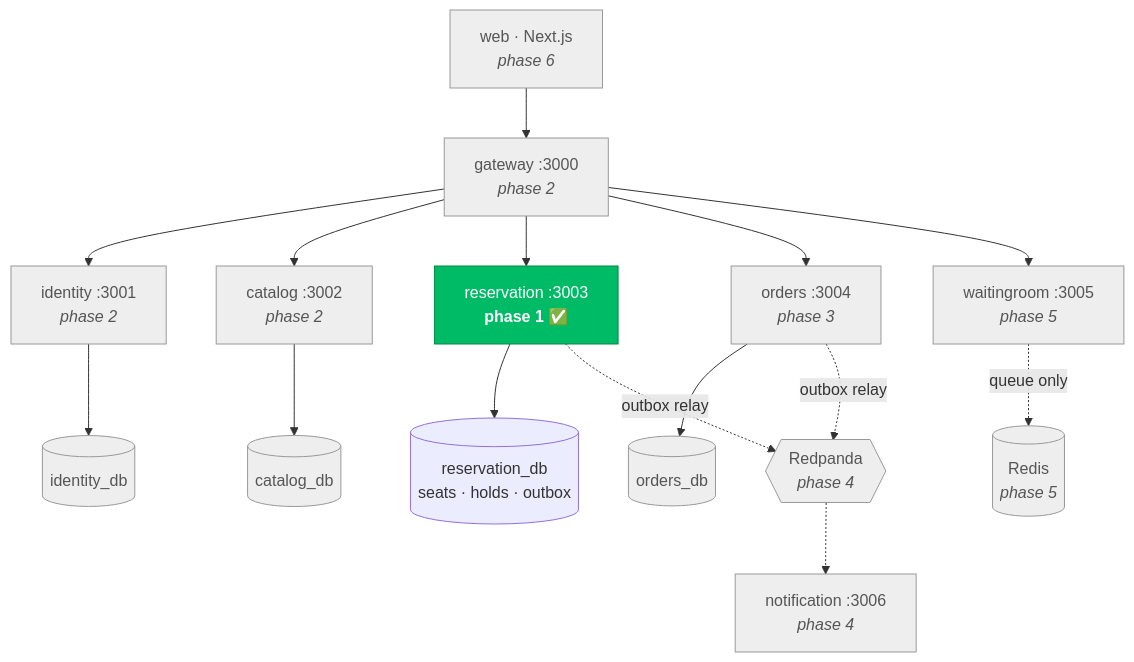
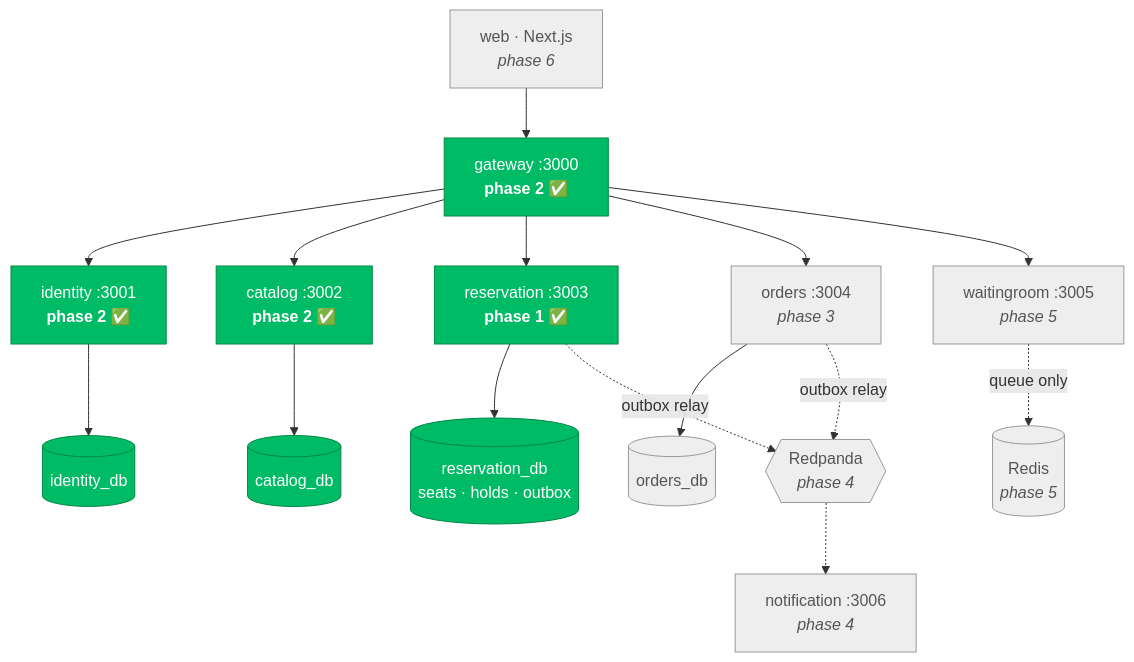
Before and after one commit to arpit15006/TicketingSystem: the diagram in README.md, drawn with Mermaid. The commit also changed other lines of this file and 57 other files, not shown here.

First line of the commit message:
Phase 2: identity, catalog and gateway

````diff
--- a/README.md
+++ b/README.md
@@ -151,21 +171,21 @@
 ```mermaid
 graph TD
-  web[web · Next.js<br/><i>phase 6</i>] --> gw[gateway :3000<br/><i>phase 2</i>]
-  gw --> id[identity :3001<br/><i>phase 2</i>]
-  gw --> cat[catalog :3002<br/><i>phase 2</i>]
+  web[web · Next.js<br/><i>phase 6</i>] --> gw[gateway :3000<br/><b>phase 2 ✅</b>]
+  gw --> id[identity :3001<br/><b>phase 2 ✅</b>]
+  gw --> cat[catalog :3002<br/><b>phase 2 ✅</b>]
   gw --> res[reservation :3003<br/><b>phase 1 ✅</b>]
   gw --> ord[orders :3004<br/><i>phase 3</i>]
   gw --> wr[waitingroom :3005<br/><i>phase 5</i>]
   res --> resdb[(reservation_db<br/>seats · holds · outbox)]
   ord --> orddb[(orders_db)]
   id --> iddb[(identity_db)]
   cat --> catdb[(catalog_db)]
   res -.outbox relay.-> kafka{{Redpanda<br/><i>phase 4</i>}}
   ord -.outbox relay.-> kafka
   kafka -.-> notif[notification :3006<br/><i>phase 4</i>]
   wr -.queue only.-> redis[(Redis<br/><i>phase 5</i>)]
   classDef done fill:#0b6,stroke:#084,color:#fff
   classDef todo fill:#eee,stroke:#999,color:#555
-  class res done
-  class web,gw,id,cat,ord,wr,notif,kafka,redis,orddb,iddb,catdb todo
+  class res,gw,id,cat,resdb,iddb,catdb done
+  class web,ord,wr,notif,kafka,redis,orddb todo
 ```
````
